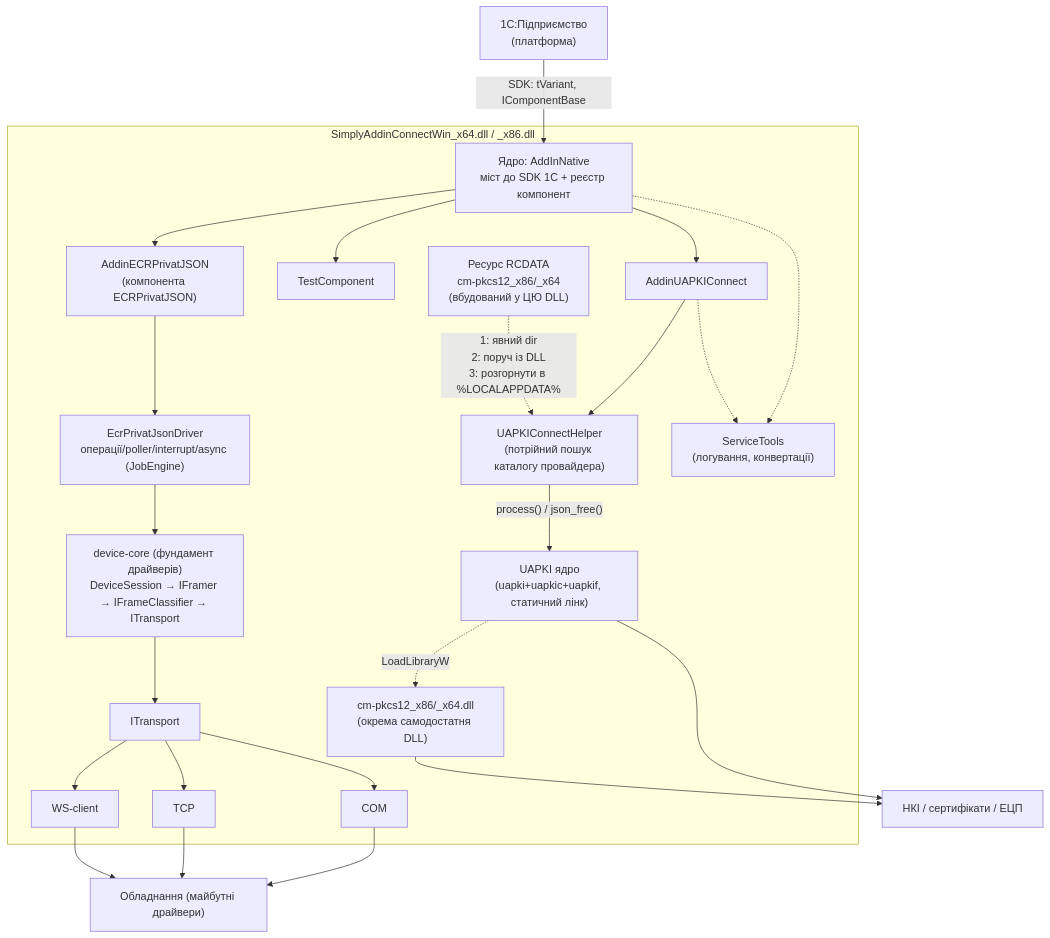
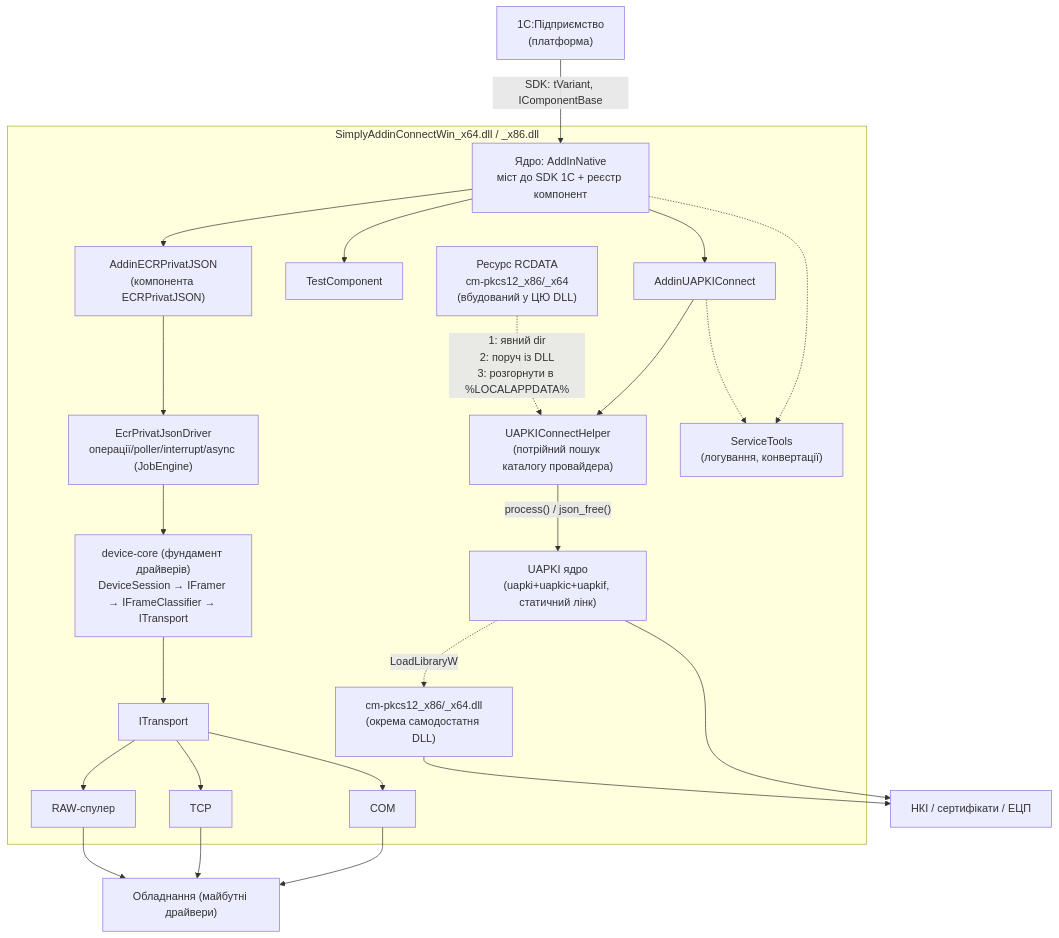
Before and after one commit to VSydorenko/SimplyAddinConnect: the diagram in docs/architecture/README.md, drawn with Mermaid. The commit also changed other lines of this file and 3 other files, not shown here.

````diff
--- a/docs/architecture/README.md
+++ b/docs/architecture/README.md
@@ -62,30 +62,30 @@
 ```mermaid
 flowchart TD
     A["1С:Підприємство<br/>(платформа)"] -->|"SDK: tVariant, IComponentBase"| B
 
     subgraph DLL["SimplyAddinConnectWin_x64.dll / _x86.dll"]
         B["Ядро: AddInNative<br/>міст до SDK 1С + реєстр компонент"]
         B --> C2["AddinUAPKIConnect"]
         B --> C3["TestComponent"]
         B --> C4["AddinECRPrivatJSON<br/>(компонента ECRPrivatJSON)"]
 
         C4 --> DRV["EcrPrivatJsonDriver<br/>операції/poller/interrupt/async (JobEngine)"]
         DRV --> W["device-core (фундамент драйверів)<br/>DeviceSession → IFramer → IFrameClassifier → ITransport"]
         W --> T["ITransport"]
-        T --> T1["COM"] & T2["TCP"] & T3["WS-client"]
+        T --> T1["COM"] & T2["TCP"] & T3["RAW-спулер"]
 
         C2 --> H2["UAPKIConnectHelper<br/>(потрійний пошук каталогу провайдера)"]
         H2 -->|"process() / json_free()"| U["UAPKI ядро<br/>(uapki+uapkic+uapkif, статичний лінк)"]
         R["Ресурс RCDATA<br/>cm-pkcs12_x86/_x64<br/>(вбудований у ЦЮ DLL)"] -.->|"1: явний dir<br/>2: поруч із DLL<br/>3: розгорнути в %LOCALAPPDATA%"| H2
         U -.->|"LoadLibraryW"| CM["cm-pkcs12_x86/_x64.dll<br/>(окрема самодостатня DLL)"]
 
         B -.-> S["ServiceTools<br/>(логування, конвертації)"]
         C2 -.-> S
     end
 
     T1 --> D1["Обладнання (майбутні драйвери)"]
     T2 --> D1
     T3 --> D1
     U --> D2["НКІ / сертифікати / ЕЦП"]
     CM --> D2
 ```
````
